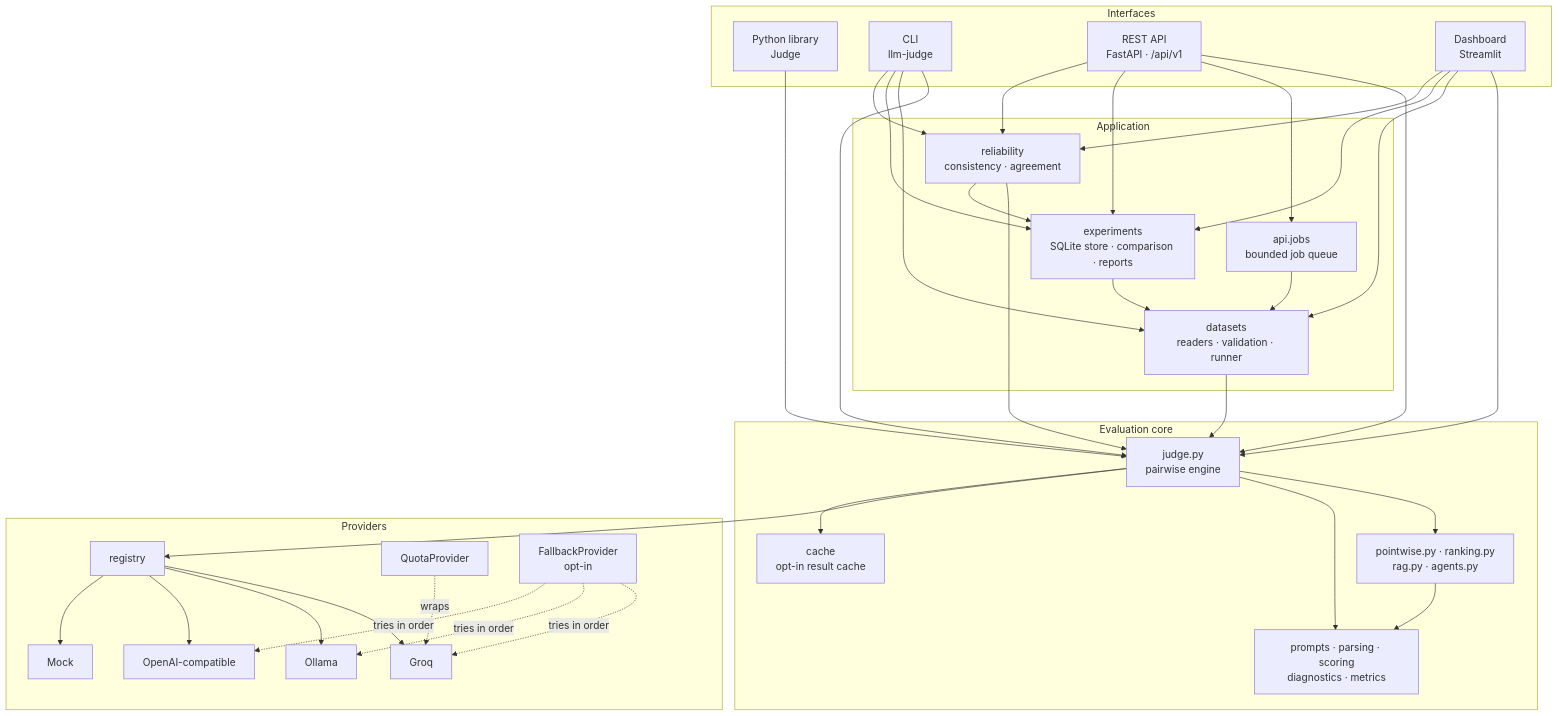
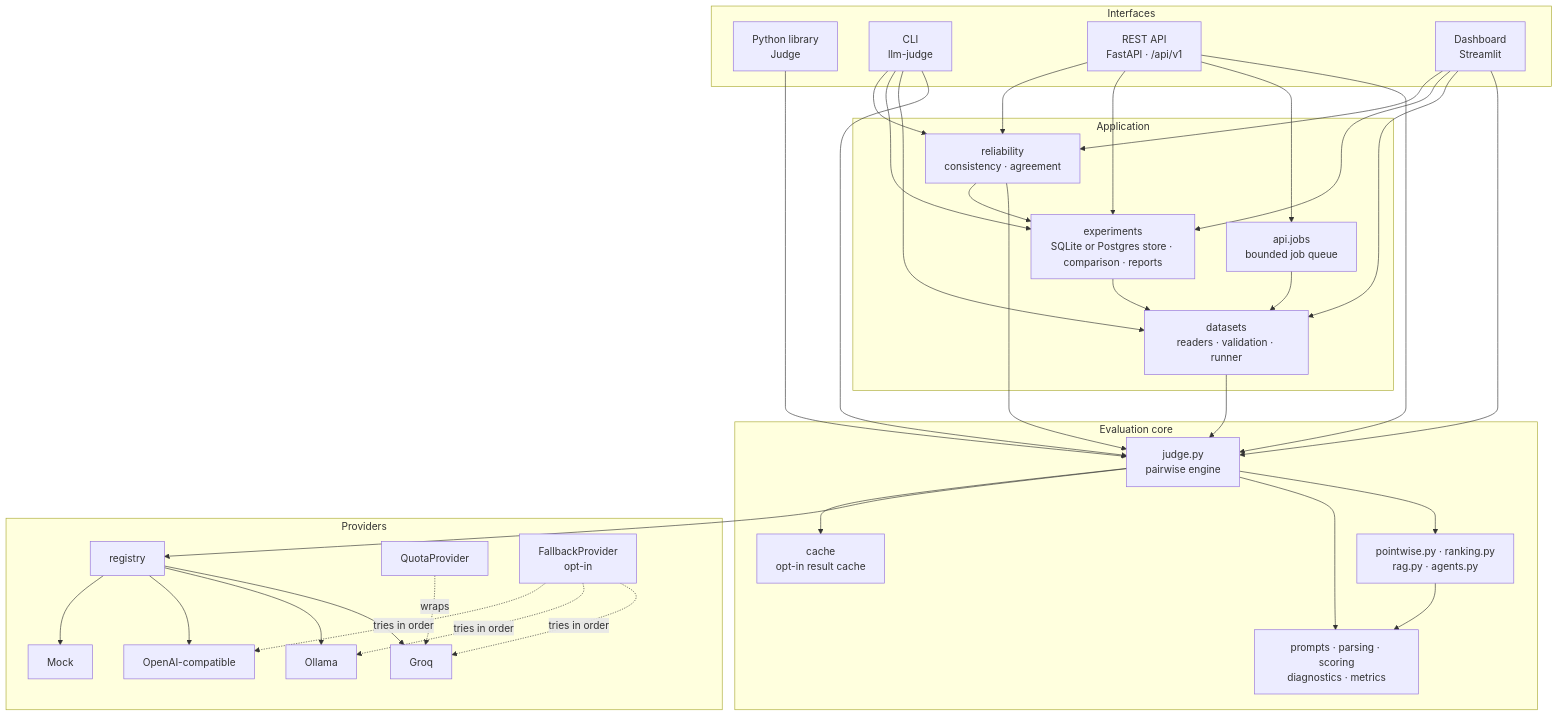
One commit to syed-waleed-ahmed/LLM-as-Judge changed the first of 2 diagrams in ARCHITECTURE.md. Above: the diagram before and after it, drawn with Mermaid. The commit also changed 16 other files, not shown here.

First line of the commit message:
feat(experiments): PostgreSQL / Supabase experiment store

````diff
--- a/ARCHITECTURE.md
+++ b/ARCHITECTURE.md
@@ -8,46 +8,46 @@
 ```mermaid
 flowchart TB
     subgraph Interfaces
         LIB[Python library<br/>Judge]
         CLI[CLI<br/>llm-judge]
         API[REST API<br/>FastAPI · /api/v1]
         UI[Dashboard<br/>Streamlit]
     end
     subgraph Application
         DS[datasets<br/>readers · validation · runner]
-        EXP[experiments<br/>SQLite store · comparison · reports]
+        EXP[experiments<br/>SQLite or Postgres store · comparison · reports]
         REL[reliability<br/>consistency · agreement]
         JOBS[api.jobs<br/>bounded job queue]
     end
     subgraph Core["Evaluation core"]
         J[judge.py<br/>pairwise engine]
         PW[pointwise.py · ranking.py<br/>rag.py · agents.py]
         SAFE[prompts · parsing · scoring<br/>diagnostics · metrics]
         CACHE[cache<br/>opt-in result cache]
     end
     subgraph Providers
         REG[registry]
         G[Groq]
         O[Ollama]
         OAI[OpenAI-compatible]
         M[Mock]
         Q[QuotaProvider]
         F[FallbackProvider<br/>opt-in]
     end
     LIB --> J
     CLI --> J & DS & EXP & REL
     API --> J & JOBS & EXP & REL
     UI --> J & DS & EXP & REL
     JOBS --> DS
     DS --> J
     EXP --> DS
     REL --> J & EXP
     J --> PW
     J --> SAFE
     PW --> SAFE
     J --> REG
     REG --> G & O & OAI & M
     Q -.wraps.-> G
     F -.tries in order.-> G & O & OAI
     J --> CACHE
 ```
````
